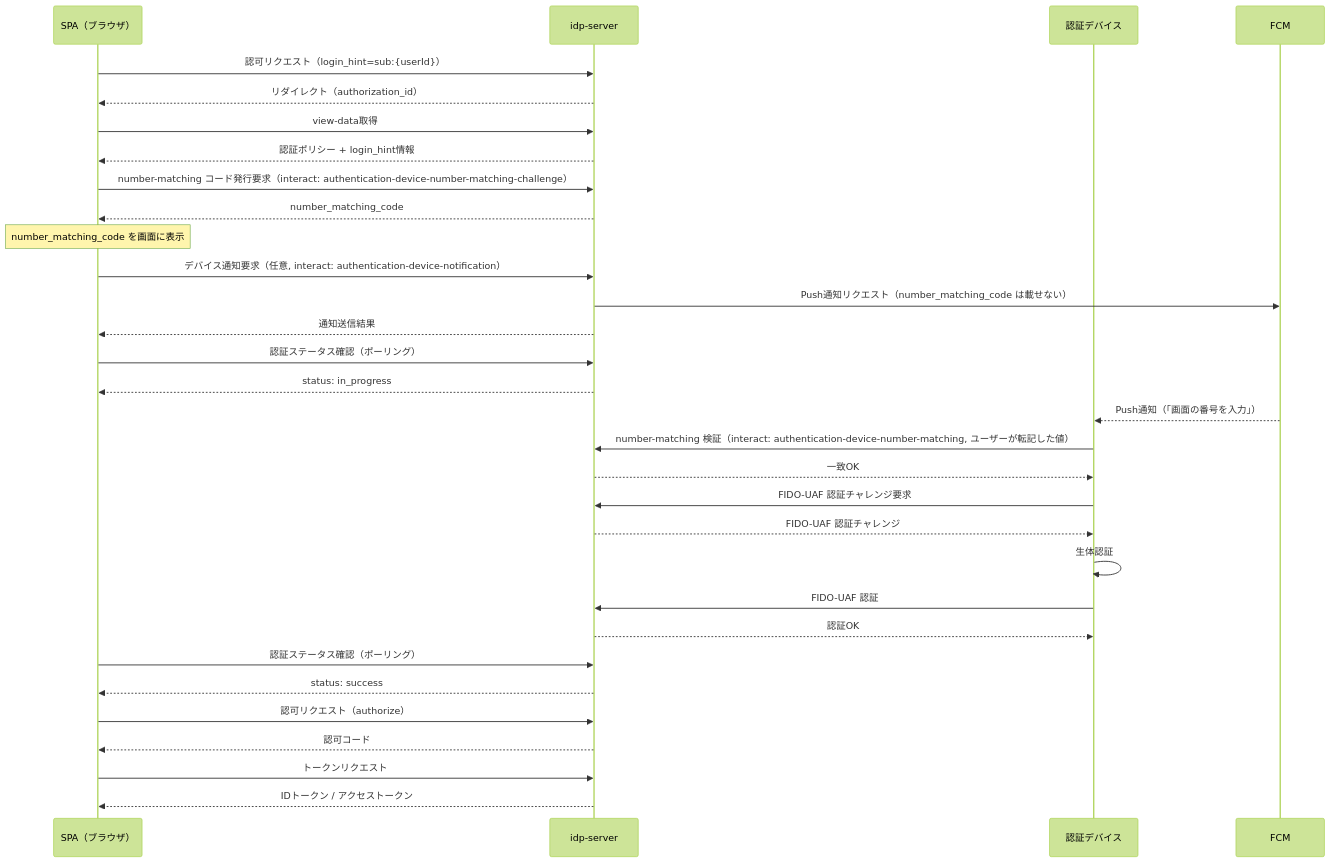
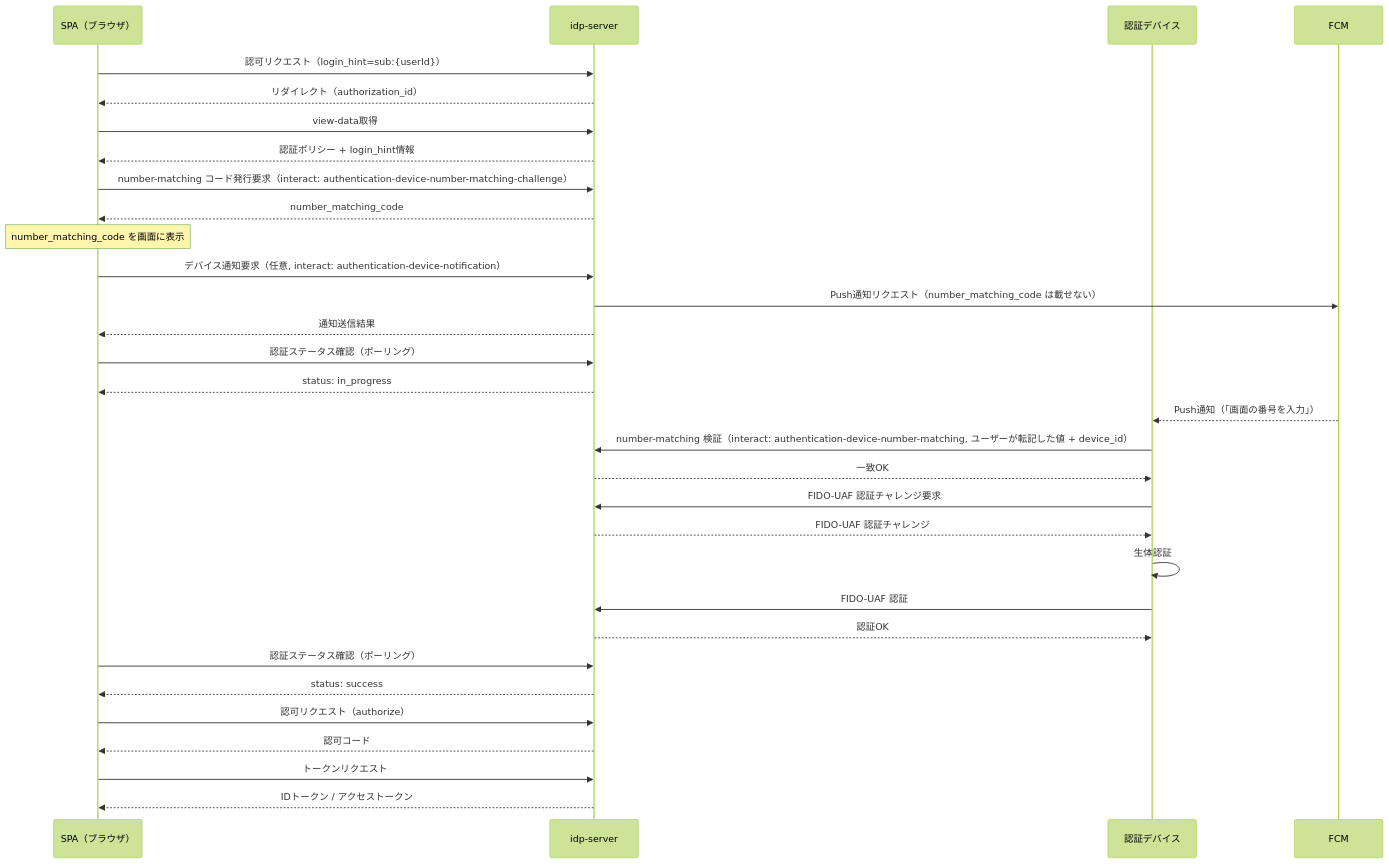
The diagram in documentation/docs/content_05_how-to/phase-3-advanced/fido-uaf/04-authorization-code-flow.md (hirokazu-kobayashi-koba-hiro/idp-server), drawn with Mermaid (forest theme) before and after one commit. The commit also changed other lines of this file and 4 other files, not shown here.

First line of the commit message:
docs(authentication): 番号マッチングの device_id 必須化を反映する (refs #1869)

````diff
--- a/documentation/docs/content_05_how-to/phase-3-advanced/fido-uaf/04-authorization-code-flow.md
+++ b/documentation/docs/content_05_how-to/phase-3-advanced/fido-uaf/04-authorization-code-flow.md
@@ -77,41 +77,41 @@
 ```mermaid
 sequenceDiagram
     participant SPA as SPA（ブラウザ）
     participant idp as idp-server
     participant Device as 認証デバイス
     participant fcm as FCM
 
     SPA ->> idp: 認可リクエスト（login_hint=sub:{userId}）
     idp -->> SPA: リダイレクト（authorization_id）
     SPA ->> idp: view-data取得
     idp -->> SPA: 認証ポリシー + login_hint情報
 
     SPA ->> idp: number-matching コード発行要求（interact: authentication-device-number-matching-challenge）
     idp -->> SPA: number_matching_code
     Note over SPA: number_matching_code を画面に表示
 
     SPA ->> idp: デバイス通知要求（任意, interact: authentication-device-notification）
     idp ->> fcm: Push通知リクエスト（number_matching_code は載せない）
     idp -->> SPA: 通知送信結果
 
     SPA ->> idp: 認証ステータス確認（ポーリング）
     idp -->> SPA: status: in_progress
 
     fcm -->> Device: Push通知（「画面の番号を入力」）
-    Device ->> idp: number-matching 検証（interact: authentication-device-number-matching, ユーザーが転記した値）
+    Device ->> idp: number-matching 検証（interact: authentication-device-number-matching, ユーザーが転記した値 + device_id）
     idp -->> Device: 一致OK
     Device ->> idp: FIDO-UAF 認証チャレンジ要求
     idp -->> Device: FIDO-UAF 認証チャレンジ
     Device ->> Device: 生体認証
     Device ->> idp: FIDO-UAF 認証
     idp -->> Device: 認証OK
 
     SPA ->> idp: 認証ステータス確認（ポーリング）
     idp -->> SPA: status: success
 
     SPA ->> idp: 認可リクエスト（authorize）
     idp -->> SPA: 認可コード
 
     SPA ->> idp: トークンリクエスト
     idp -->> SPA: IDトークン / アクセストークン
 ```
````
